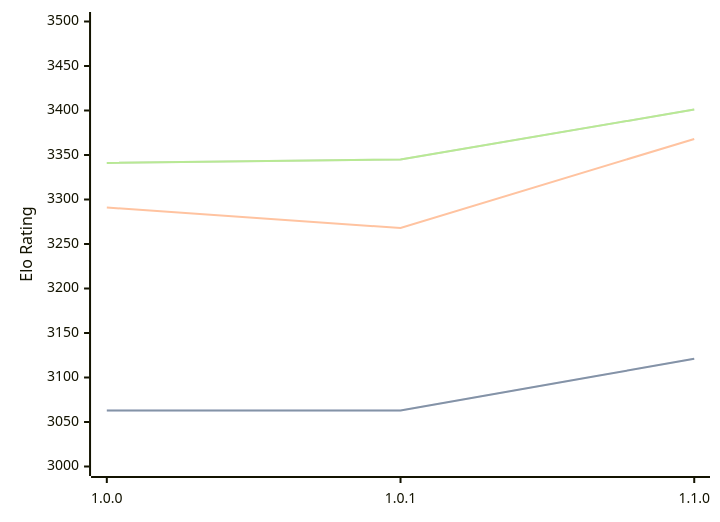
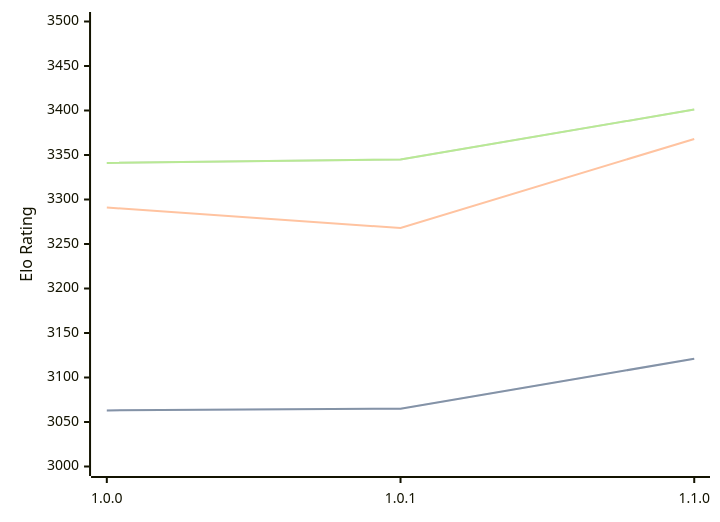
The diagram in engines/Ursus.md (computer-chess-index/cci), drawn with Mermaid before and after one commit. The commit also changed other lines of this file, not shown here.

````diff
--- a/engines/Ursus.md
+++ b/engines/Ursus.md
@@ -33,11 +33,11 @@
 ```mermaid
 %%{init: {"theme":"base","themeVariables":{"seriesColors:['#a3a3a3','#222221','#faa371']}}}%%
 xychart-beta
   x-axis ["1.0.0", "1.0.1", "1.1.0"]
   y-axis "Elo Rating" 3000 --> 3500
-  line "STC (8.0+0.08s)" [3063, 3063, 3121]
-  line "STC (8.0+0.08s)" [3063, 3063, 3121]
+  line "STC (8.0+0.08s)" [3063, 3065, 3121]
+  line "STC (8.0+0.08s)" [3063, 3065, 3121]
   line "LTC (60.0+0.60s)" [3291, 3268, 3368]
   line "VLTC (2m24s+1.12s)" [3341, 3345, 3401]
   line "VLTC (2m24s+1.12s)" [3341, 3345, 3401]
 ```
````
